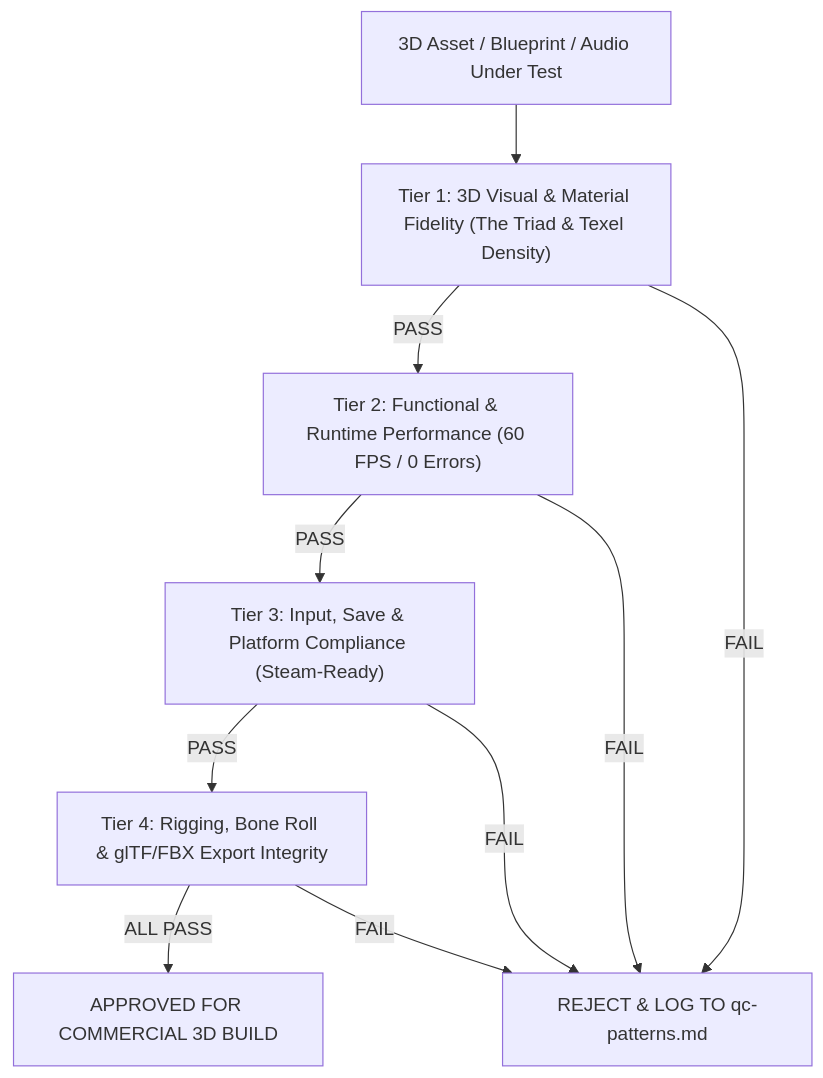
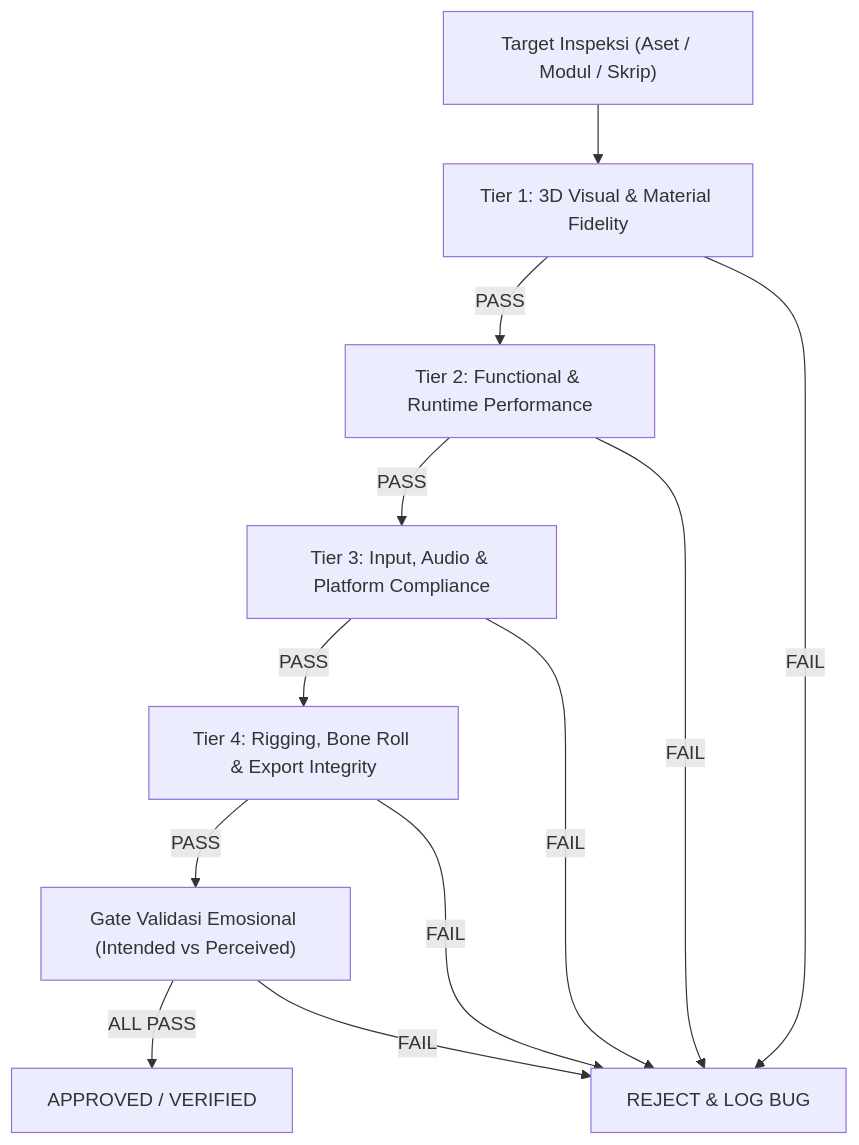
Before and after one commit to adityaairlangga12/lentera-pudar-legacy-pre-r7: the diagram in .agents/skills/qc_check/SKILL.md, drawn with Mermaid. The commit also changed other lines of this file and 42 other files, not shown here.

````diff
--- a/.agents/skills/qc_check/SKILL.md
+++ b/.agents/skills/qc_check/SKILL.md
@@ -14,12 +40,14 @@
 ```mermaid
 flowchart TD
-    A["3D Asset / Blueprint / Audio Under Test"] --> B["Tier 1: 3D Visual & Material Fidelity (The Triad & Texel Density)"]
-    B -->|PASS| C["Tier 2: Functional & Runtime Performance (60 FPS / 0 Errors)"]
-    C -->|PASS| D["Tier 3: Input, Save & Platform Compliance (Steam-Ready)"]
-    D -->|PASS| E["Tier 4: Rigging, Bone Roll & glTF/FBX Export Integrity"]
-    E -->|ALL PASS| F["APPROVED FOR COMMERCIAL 3D BUILD"]
-    B -->|FAIL| R["REJECT & LOG TO qc-patterns.md"]
+    A["Target Inspeksi (Aset / Modul / Skrip)"] --> B["Tier 1: 3D Visual & Material Fidelity"]
+    B -->|PASS| C["Tier 2: Functional & Runtime Performance"]
+    C -->|PASS| D["Tier 3: Input, Audio & Platform Compliance"]
+    D -->|PASS| E["Tier 4: Rigging, Bone Roll & Export Integrity"]
+    E -->|PASS| F["Gate Validasi Emosional (Intended vs Perceived)"]
+    F -->|ALL PASS| G["APPROVED / VERIFIED"]
+    B -->|FAIL| R["REJECT & LOG BUG"]
     C -->|FAIL| R
     D -->|FAIL| R
     E -->|FAIL| R
+    F -->|FAIL| R
 ```
````
